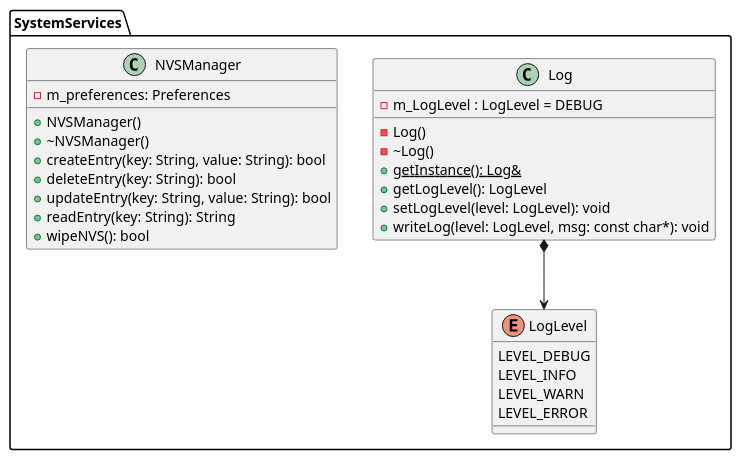
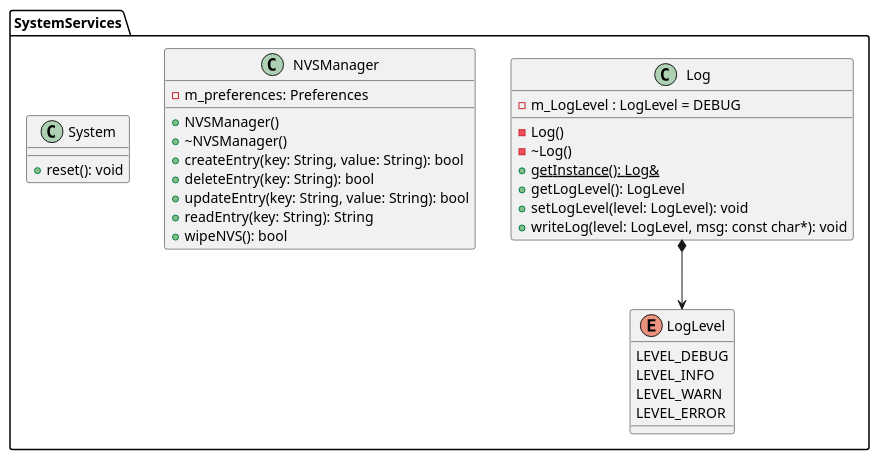
One commit to NewTec-GmbH/ZumoComSystem changed the diagram in doc/design/server/05_SystemServices.plantuml. Above: the diagram before and after it, drawn with PlantUML. The commit also changed 7 other files, not shown here.

```diff
--- a/doc/design/server/05_SystemServices.plantuml
+++ b/doc/design/server/05_SystemServices.plantuml
@@ -1,37 +1,42 @@
 @startuml
 package SystemServices {
     enum LogLevel
     {
         LEVEL_DEBUG
         LEVEL_INFO
         LEVEL_WARN
         LEVEL_ERROR
     }
 
     class Log
     {
         - m_LogLevel : LogLevel = DEBUG
 
         - Log()
         - ~Log()
         {static} + getInstance(): Log&
         + getLogLevel(): LogLevel
         + setLogLevel(level: LogLevel): void
         + writeLog(level: LogLevel, msg: const char*): void
     }
     Log *--> LogLevel
 
     class NVSManager
     {
         - m_preferences: Preferences
 
         + NVSManager()
         + ~NVSManager()
         + createEntry(key: String, value: String): bool
         + deleteEntry(key: String): bool
         + updateEntry(key: String, value: String): bool
         + readEntry(key: String): String
         + wipeNVS(): bool
     }
+
+    class System
+    {
+        + reset(): void
+    }
 }
 @enduml
```
